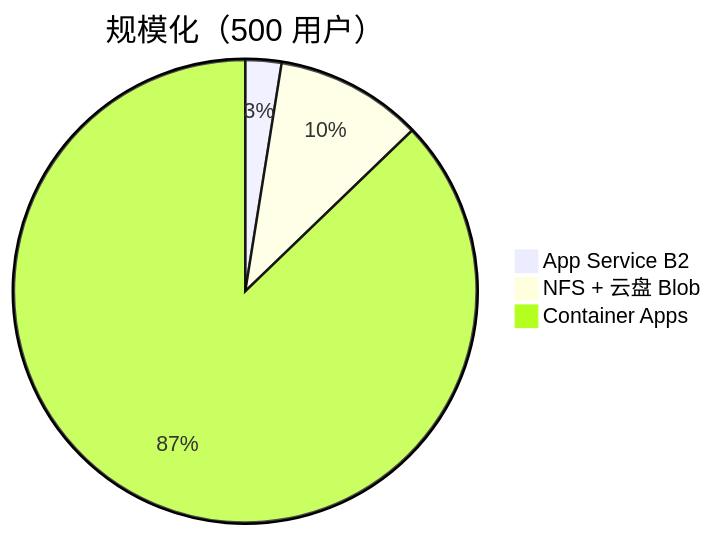
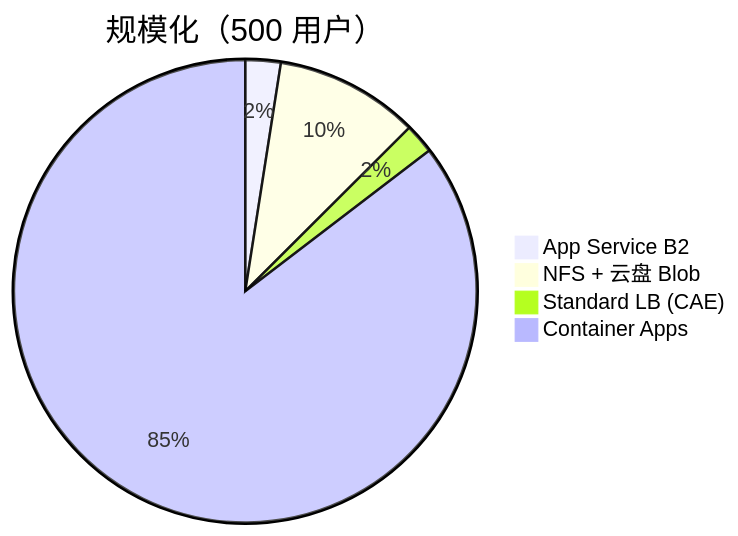
Diagram 11 of 14 in docs/architecture.md (jiayiyan-AI/laifu), drawn with Mermaid before and after one commit. The commit also changed other lines of this file and 72 other files, not shown here.

````diff
--- a/docs/architecture.md
+++ b/docs/architecture.md
@@ -823,6 +834,7 @@
 ```mermaid
 pie title 规模化（500 用户）
     "App Service B2" : 26
     "NFS + 云盘 Blob" : 106
+    "Standard LB (CAE)" : 22
     "Container Apps" : 900
 ```
````
